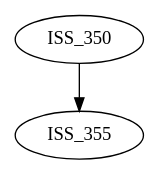
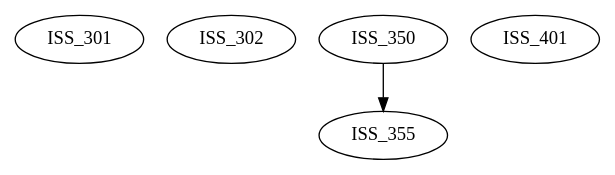
One commit to TxmszLou/uw-crsdep changed the diagram in graphviz/dot/iss.dot. Above: the diagram before and after it, drawn with Graphviz. The commit also changed 585 other files, not shown here.

```diff
--- a/graphviz/dot/iss.dot
+++ b/graphviz/dot/iss.dot
@@ -1,4 +1,8 @@
 digraph G {
+    ISS_301;
+    ISS_302;
+    ISS_350;
     edge [color=black];
     ISS_350 -> ISS_355;
+    ISS_401;
 }
```
